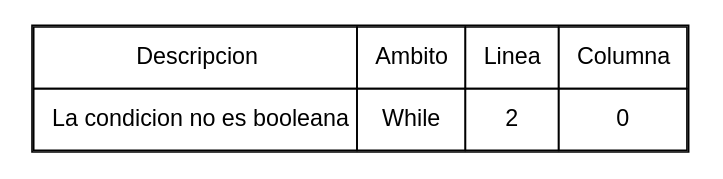
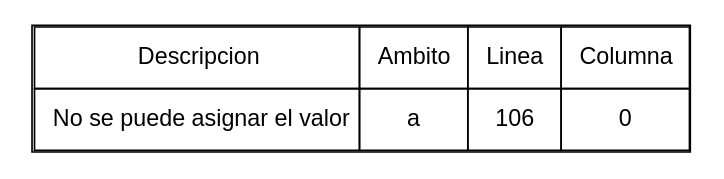
One commit to Noel1903/OLC2_P12S201900822 changed the diagram in reports/graphErr.dot. Above: the diagram before and after it, drawn with Graphviz. The commit also changed 38 other files, not shown here.

```diff
--- a/reports/graphErr.dot
+++ b/reports/graphErr.dot
@@ -1,9 +1,9 @@
 
 digraph G{
 fontname="Helvetica,Arial,sans-serif";
 node [fontname="Helvetica,Arial,sans-serif"];
 a0 [shape=none label=<
 <TABLE border="1" cellspacing="0" cellpadding="10">
 <tr><td>Descripcion</td><td>Ambito</td><td>Linea</td><td>Columna</td></tr>
-<tr><td>La condicion no es booleana</td><td>While</td><td>2</td><td>0</td></tr></TABLE>>];
+<tr><td>No se puede asignar el valor</td><td>a</td><td>106</td><td>0</td></tr></TABLE>>];
 }
```
